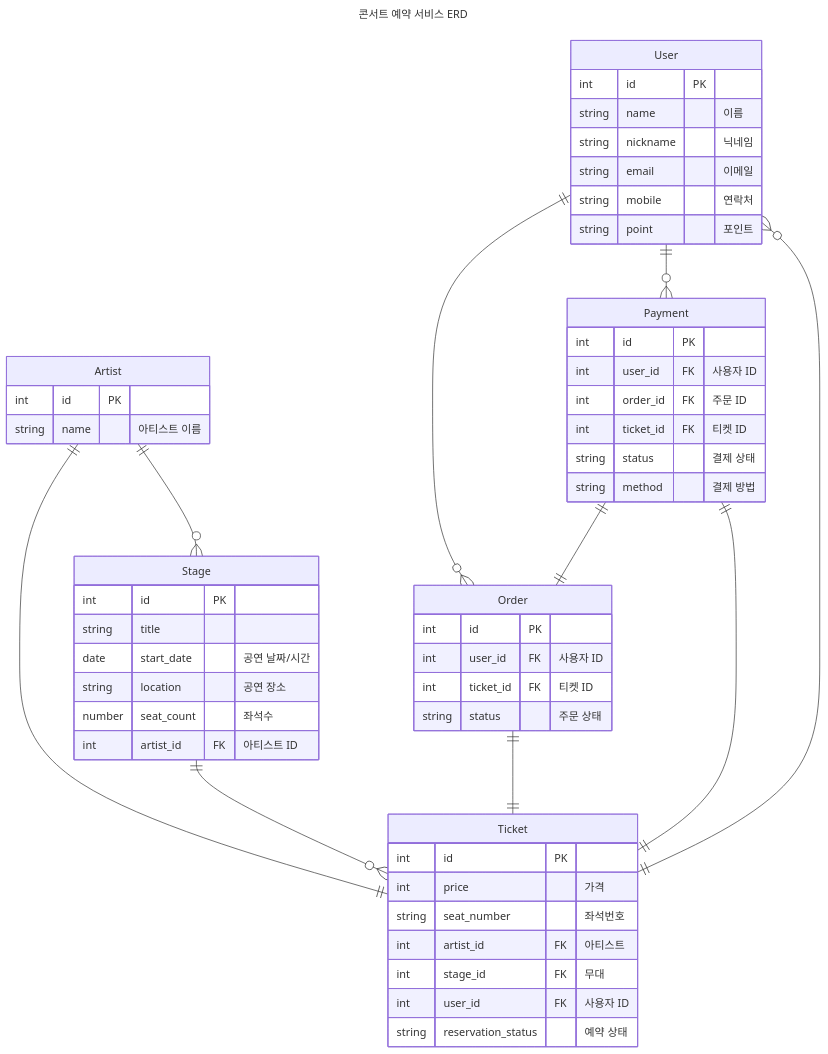
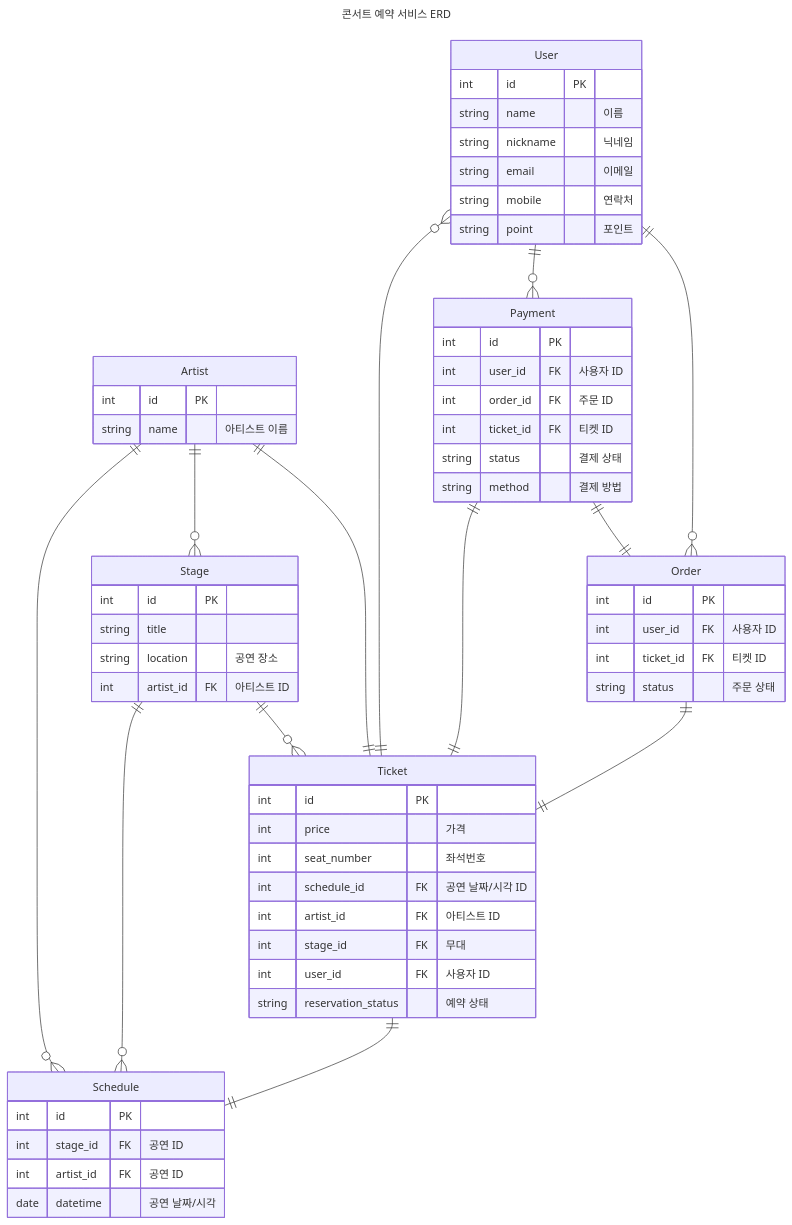
The diagram in README.md (kimkyeseung/hhplus-server-nest), drawn with Mermaid before and after one commit.

Commit message:
doc: 기획 변경으로 인한 ERD 변경

````diff
--- a/README.md
+++ b/README.md
@@ -37,59 +37,67 @@
 ```mermaid
 ---
 title: 콘서트 예약 서비스 ERD
 ---
 erDiagram
     User {
         int id PK
         string name "이름"
         string nickname "닉네임"
         string email "이메일"
         string mobile "연락처"
         string point "포인트"
     }
     Artist {
         int id PK
         string name "아티스트 이름"
     }
     Stage {
         int id PK
         string title
-        date start_date "공연 날짜/시간"
         string location "공연 장소"
-        number seat_count "좌석수"
         int artist_id FK "아티스트 ID"
+    }
+    Schedule {
+        int id PK
+        int stage_id FK "공연 ID"
+        int artist_id FK "공연 ID"
+        date datetime "공연 날짜/시각"
     }
     Ticket {
         int id PK
         int price "가격"
-        string seat_number "좌석번호"
-        int artist_id FK "아티스트"
+        int seat_number "좌석번호"
+        int schedule_id FK "공연 날짜/시각 ID"
+        int artist_id FK "아티스트 ID"
         int stage_id FK "무대"
         int user_id FK "사용자 ID"
         string reservation_status "예약 상태"
     }
     Order {
         int id PK
         int user_id FK "사용자 ID"
         int ticket_id FK "티켓 ID"
         string status "주문 상태"
     }
     Payment {
         int id PK
         int user_id FK "사용자 ID"
         int order_id FK "주문 ID"
         int ticket_id FK "티켓 ID"
         string status "결제 상태"
         string method "결제 방법"
     }
     Ticket ||--o{ User: ""
     Stage ||--o{ Ticket: ""
     User ||--o{ Order: ""
     User ||--o{ Payment: ""
     Order ||--|| Ticket: ""
     Artist ||--|| Ticket: ""
     Artist ||--o{ Stage : ""
+    Artist ||--o{ Schedule : ""
+    Stage ||--o{ Schedule : ""
+    Ticket ||--|| Schedule : ""
     Payment ||--|| Order: ""
     Payment ||--|| Ticket: ""
 
 ```
````
